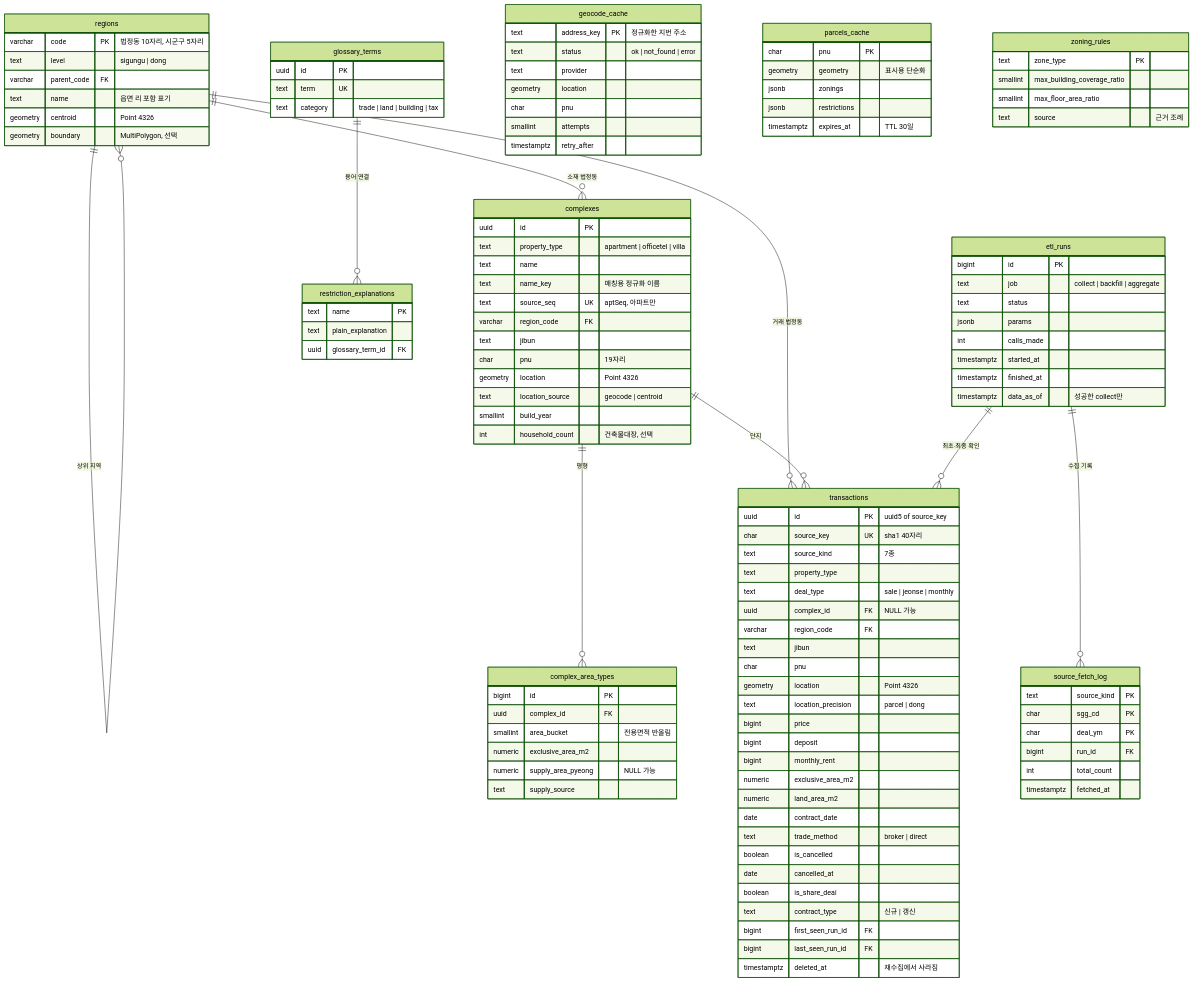
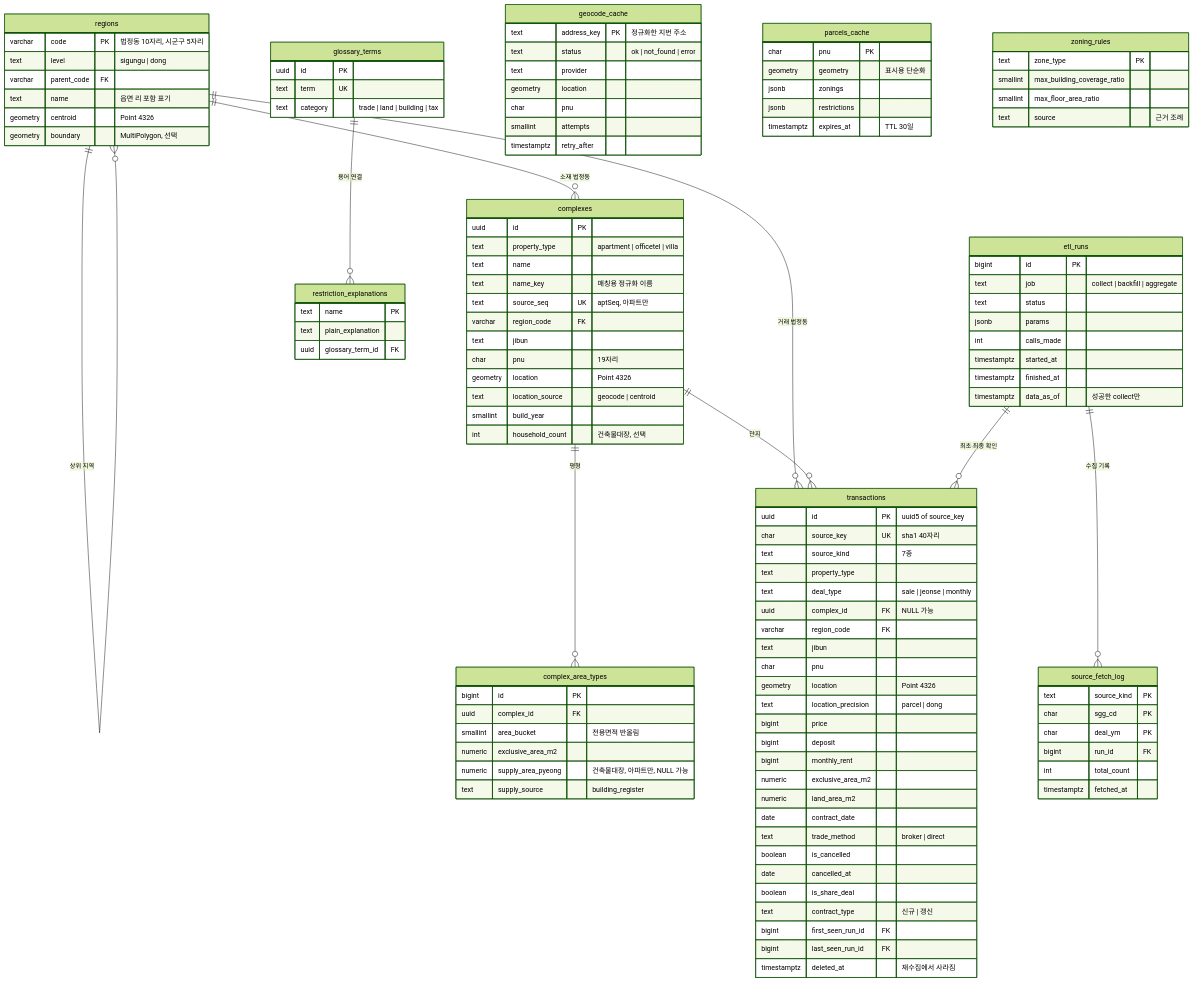
The first of 2 diagrams in docs/ERD.md (pugurin/Pugurin-backend), drawn with Mermaid (forest theme) before and after one commit. The commit also changed other lines of this file and 13 other files, not shown here.

Commit message:
Fill apartment supply areas from the building register

```diff
--- a/docs/ERD.md
+++ b/docs/ERD.md
@@ -52,8 +52,8 @@
         uuid complex_id FK
         smallint area_bucket "전용면적 반올림"
         numeric exclusive_area_m2
-        numeric supply_area_pyeong "NULL 가능"
-        text supply_source
+        numeric supply_area_pyeong "건축물대장, 아파트만, NULL 가능"
+        text supply_source "building_register"
     }
     transactions {
         uuid id PK "uuid5 of source_key"
```
